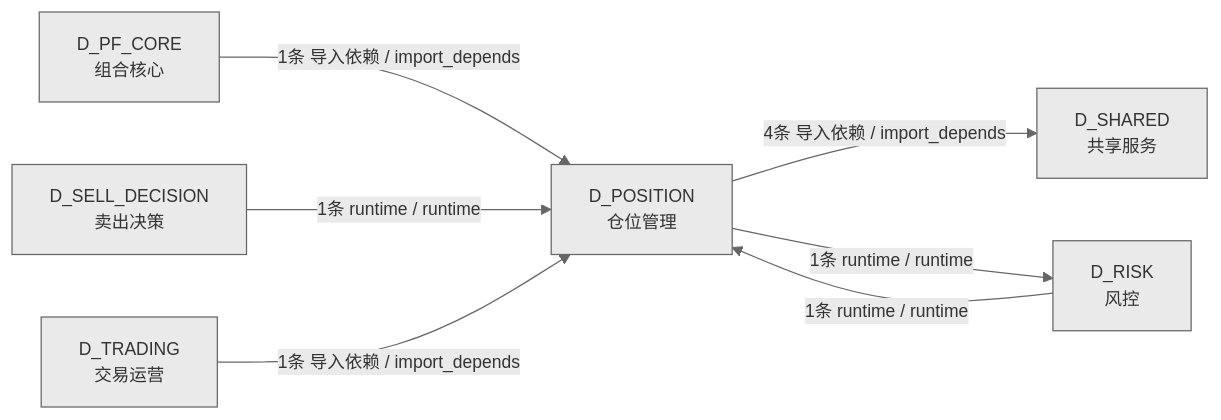
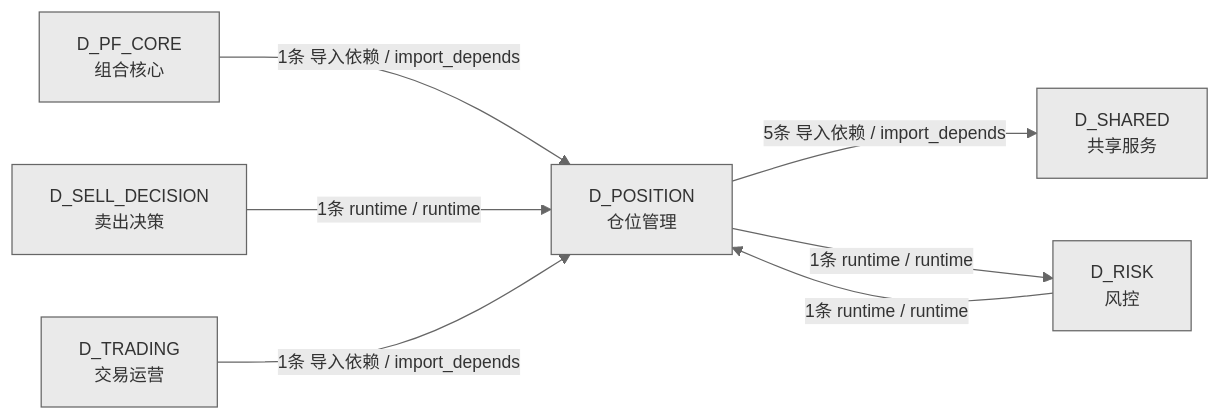
The fourth of 4 diagrams in docs/02_enterprise_architecture/02_domain_architecture_docs/64_d_position.md (xuanFelixVan/ZephyrAlpha), drawn with Mermaid before and after one commit. The commit also changed other lines of this file and 46 other files, not shown here.

````diff
--- a/docs/02_enterprise_architecture/02_domain_architecture_docs/64_d_position.md
+++ b/docs/02_enterprise_architecture/02_domain_architecture_docs/64_d_position.md
@@ -183,16 +185,16 @@
 ```mermaid
 %%{init: {'theme': 'base', 'themeVariables': {'primaryColor': '#eaeaea', 'primaryTextColor': '#333333', 'primaryBorderColor': '#666666', 'lineColor': '#666666', 'secondaryColor': '#eaeaea', 'tertiaryColor': '#eaeaea', 'fontSize': '14px'}}}%%
 graph LR
     D_POSITION["D_POSITION<br/>仓位管理"]
     D_SHARED["D_SHARED<br/>共享服务"]
     D_RISK["D_RISK<br/>风控"]
     D_PF_CORE["D_PF_CORE<br/>组合核心"]
     D_SELL_DECISION["D_SELL_DECISION<br/>卖出决策"]
     D_TRADING["D_TRADING<br/>交易运营"]
-    D_POSITION -->|4条 导入依赖 / import_depends| D_SHARED
+    D_POSITION -->|5条 导入依赖 / import_depends| D_SHARED
     D_POSITION -->|1条 runtime / runtime| D_RISK
     D_PF_CORE -->|1条 导入依赖 / import_depends| D_POSITION
     D_RISK -->|1条 runtime / runtime| D_POSITION
     D_SELL_DECISION -->|1条 runtime / runtime| D_POSITION
     D_TRADING -->|1条 导入依赖 / import_depends| D_POSITION
 ```
````
